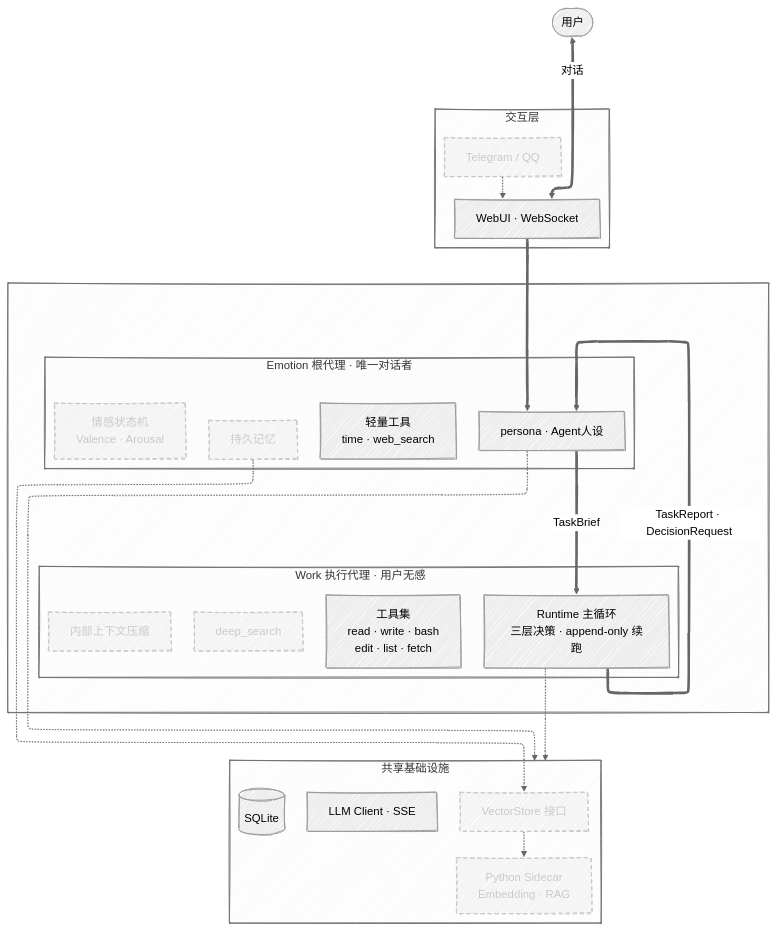
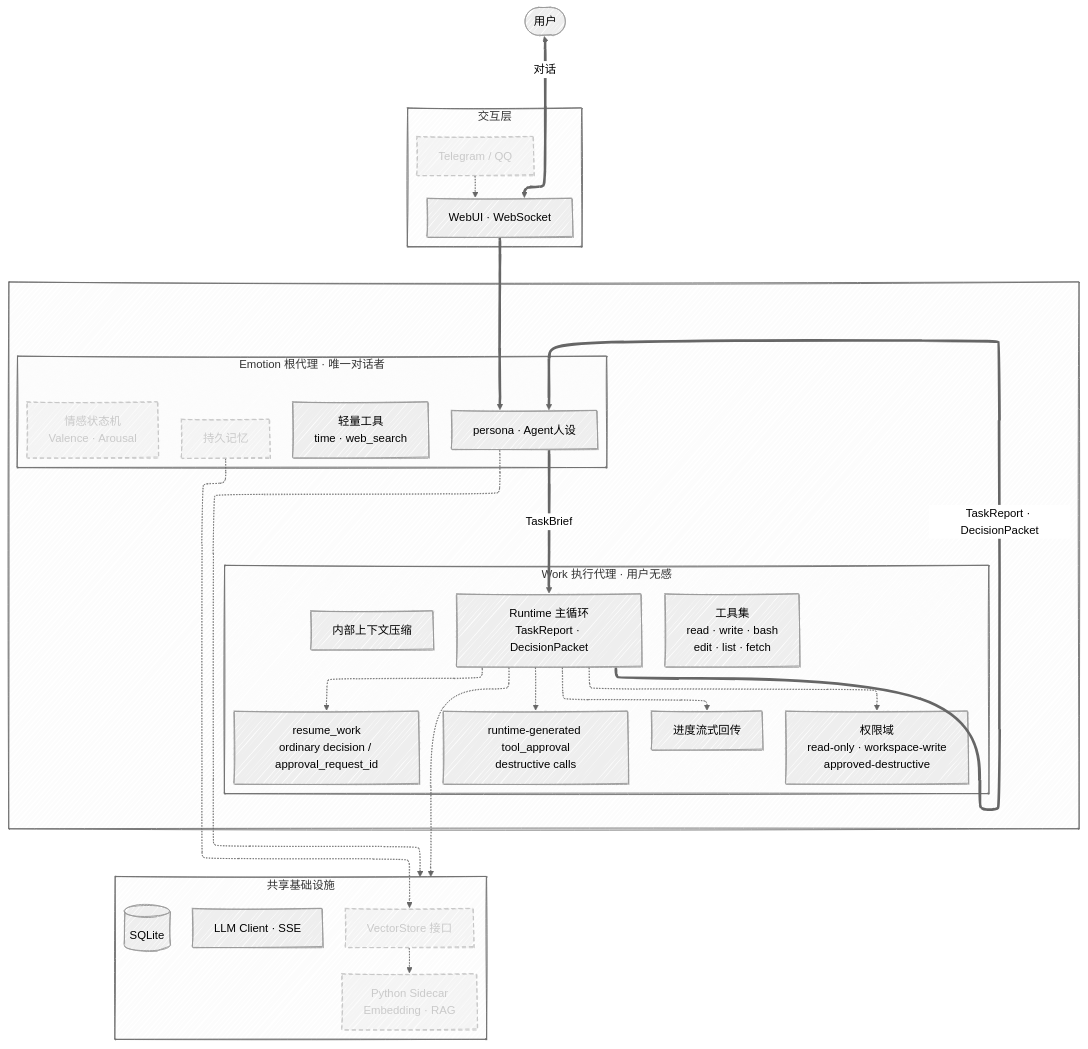
The first of 2 diagrams in README.md (LongYiSang/EmoAgent), drawn with Mermaid before and after one commit. The commit also changed other lines of this file and 3 other files, not shown here.

````diff
--- a/README.md
+++ b/README.md
@@ -21,59 +21,66 @@
 ```mermaid
 ---
 config:
   look: handDrawn
   layout: elk
   theme: neutral
 ---
 flowchart TB
   User(["用户"])
 
   subgraph L4["交互层"]
     direction LR
     WebUI["WebUI · WebSocket"]
     TG["Telegram / QQ"]
   end
 
   subgraph Cores[" "]
     direction LR
 
     subgraph E[" Emotion 根代理 · 唯一对话者"]
       direction TB
       E_core[" persona · Agent人设"]
       E_tool["轻量工具<br/>time · web_search"]
       E_mem["持久记忆"]
       E_emo["情感状态机<br/>Valence · Arousal"]
     end
 
-    subgraph W["️ Work 执行代理 · 用户无感"]
+    subgraph W["Work 执行代理 · 用户无感"]
       direction TB
-      W_core["Runtime 主循环<br/>三层决策 · append-only 续跑"]
+      W_core["Runtime 主循环<br/>TaskReport · DecisionPacket"]
       W_tool["工具集<br/>read · write · bash<br/>edit · list · fetch"]
-      W_ds["deep_search"]
+      W_perm["权限域<br/>read-only · workspace-write<br/>approved-destructive"]
+      W_approval["runtime-generated tool_approval<br/>destructive calls"]
+      W_resume["resume_work<br/>ordinary decision / approval_request_id"]
+      W_stream["进度流式回传"]
       W_cmp["内部上下文压缩"]
-    end
+  end
   end
 
   subgraph L0["共享基础设施"]
     direction LR
     LLM["LLM Client · SSE"]
     DB[("SQLite")]
     VS["VectorStore 接口"]
     PY["Python Sidecar<br/>Embedding · RAG"]
   end
 
   User <==>|对话| WebUI
   TG -.-> WebUI
 
   WebUI ==> E_core
   E_core ==>|TaskBrief| W_core
-  W_core ==>|TaskReport · DecisionRequest| E_core
+  W_core ==>|TaskReport · DecisionPacket| E_core
+  W_core -.-> W_perm
+  W_core -.-> W_approval
+  W_core -.-> W_resume
+  W_core -.-> W_stream
 
   E_core -.-> L0
   W_core -.-> L0
   E_mem -.-> VS
   VS -.-> PY
 
   classDef planned stroke-dasharray: 6 4,opacity:0.55,color:#666
-  class TG,E_mem,E_emo,W_ds,W_cmp,VS,PY planned
+  class TG,E_mem,E_emo,VS,PY planned
 ```
````
